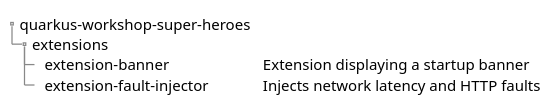
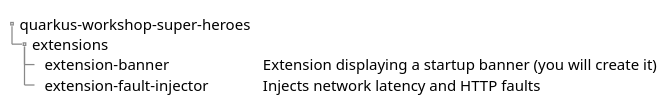
The fourth of 4 diagrams in quarkus-workshop-super-heroes/docs/src/main/asciidoc/introduction-preparing.adoc (quarkusio/quarkus-workshops), drawn with PlantUML before and after one commit. The commit also changed other lines of this file and 5 other files, not shown here.

```diff
--- a/quarkus-workshop-super-heroes/docs/src/main/asciidoc/introduction-preparing.adoc
+++ b/quarkus-workshop-super-heroes/docs/src/main/asciidoc/introduction-preparing.adoc
@@ -78,14 +82,14 @@
 [plantuml]
 ----
 @startsalt
 {
 {
 T
 quarkus-workshop-super-heroes
 +  extensions
-++  extension-banner           | Extension displaying a startup banner
+++  extension-banner           | Extension displaying a startup banner (you will create it)
 ++  extension-fault-injector   | Injects network latency and HTTP faults
 }
 }
 @endsalt
 ----
```
